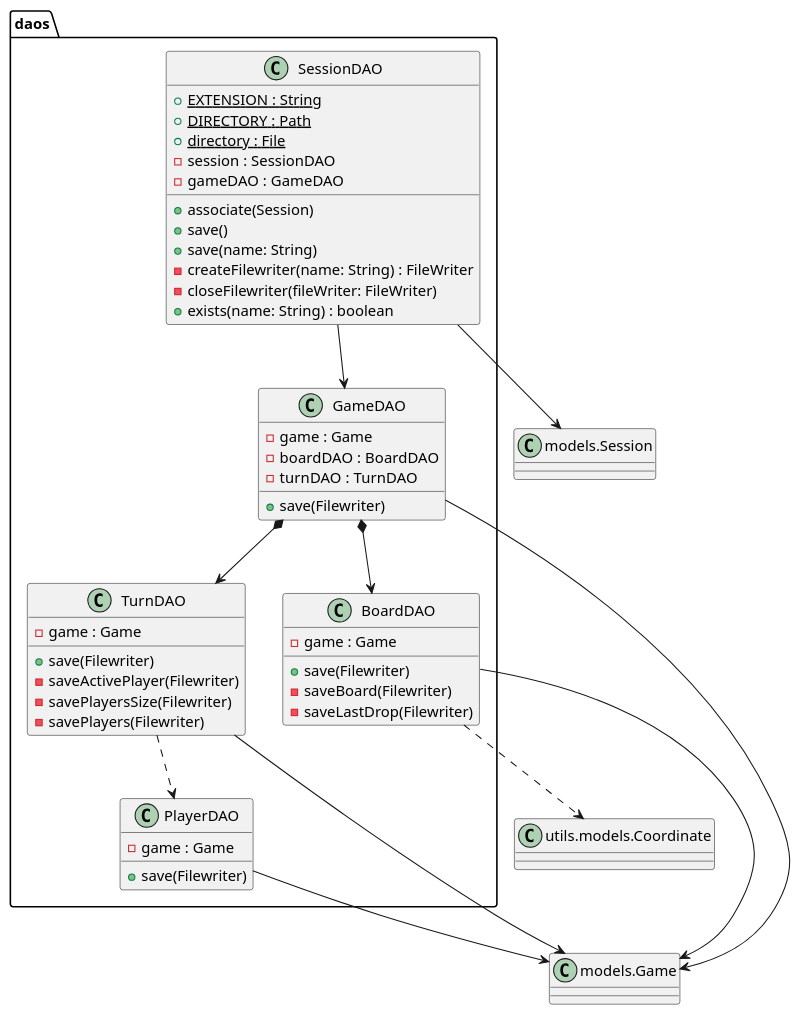
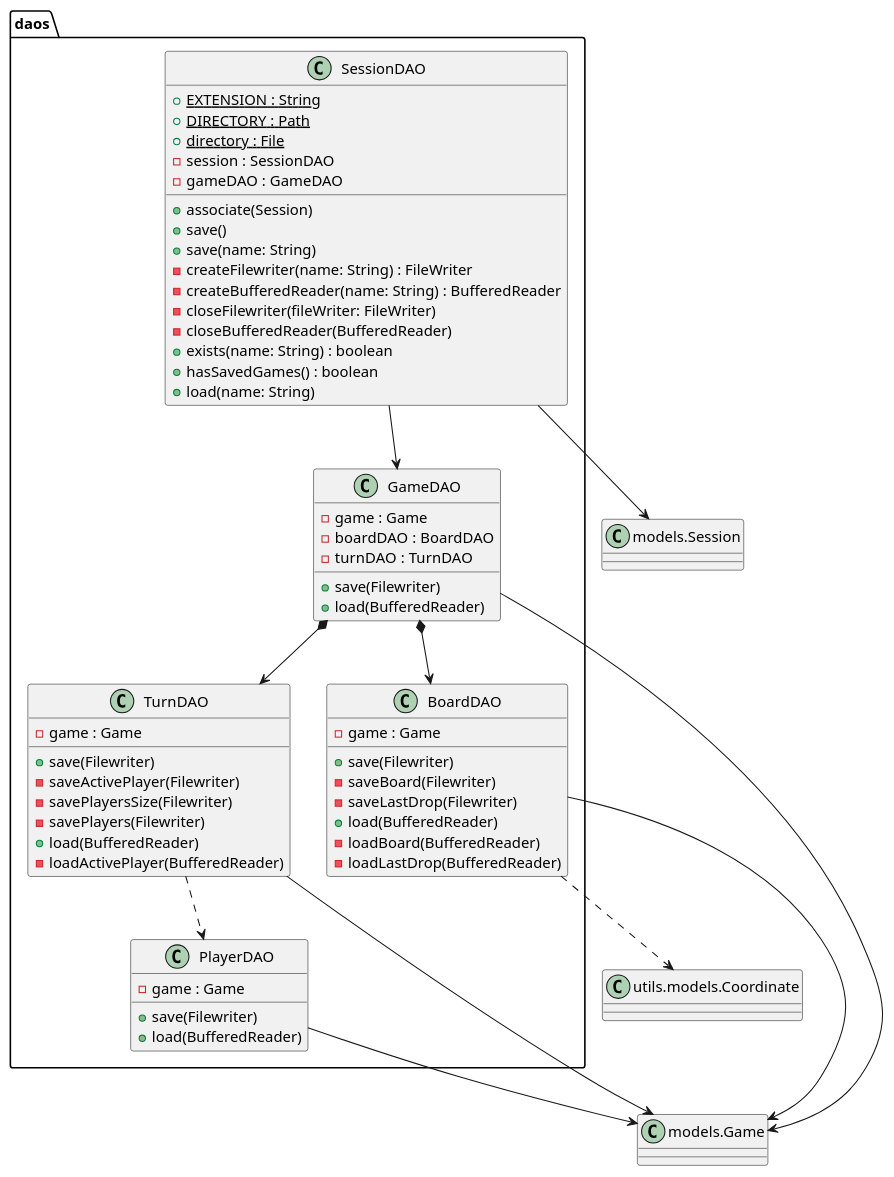
Before and after one commit to js-rom/connect4: the diagram in connect4/Docs/diagrams/src/packages/connect4.connect4.daos.plantuml, drawn with PlantUML. The commit also changed 10 other files, not shown here.

```diff
--- a/connect4/Docs/diagrams/src/packages/connect4.connect4.daos.plantuml
+++ b/connect4/Docs/diagrams/src/packages/connect4.connect4.daos.plantuml
@@ -1,67 +1,78 @@
 @startuml connect4.connect4.daos
 
 class Session as "models.Session"
 class Game as "models.Game"
 class Coordinate as "utils.models.Coordinate"
 
 class daos.SessionDAO {
 
 + {static} EXTENSION : String
 + {static} DIRECTORY : Path
 + {static} directory : File
 - session : SessionDAO
 - gameDAO : GameDAO
 + associate(Session)
 + save()
 + save(name: String)
 - createFilewriter(name: String) : FileWriter
+- createBufferedReader(name: String) : BufferedReader
 - closeFilewriter(fileWriter: FileWriter)
+- closeBufferedReader(BufferedReader)
 + exists(name: String) : boolean
++ hasSavedGames() : boolean
++ load(name: String)
 
 }
 
 class daos.GameDAO {
 
    - game : Game
    - boardDAO : BoardDAO
    - turnDAO : TurnDAO
    + save(Filewriter)
+   + load(BufferedReader)
 }
 
 
 class daos.BoardDAO {
 
     - game : Game
     + save(Filewriter)
     - saveBoard(Filewriter)
     - saveLastDrop(Filewriter)
+    + load(BufferedReader)
+    - loadBoard(BufferedReader)
+    - loadLastDrop(BufferedReader)
 }
 
 
 class daos.TurnDAO {
 
     - game : Game
     + save(Filewriter)
     - saveActivePlayer(Filewriter)
     - savePlayersSize(Filewriter)
     - savePlayers(Filewriter)
+    + load(BufferedReader)
+    - loadActivePlayer(BufferedReader)
 }
 
 class daos.PlayerDAO {
 
     - game : Game
     + save(Filewriter)
+    + load(BufferedReader)
 }
 
 SessionDAO --> Session
 SessionDAO --> GameDAO
 GameDAO --> Game
 GameDAO *--> BoardDAO
 GameDAO *--> TurnDAO
 BoardDAO ..> Coordinate
 TurnDAO ..> PlayerDAO
 BoardDAO --> Game
 TurnDAO --> Game
 PlayerDAO --> Game
 
 @enduml
```
